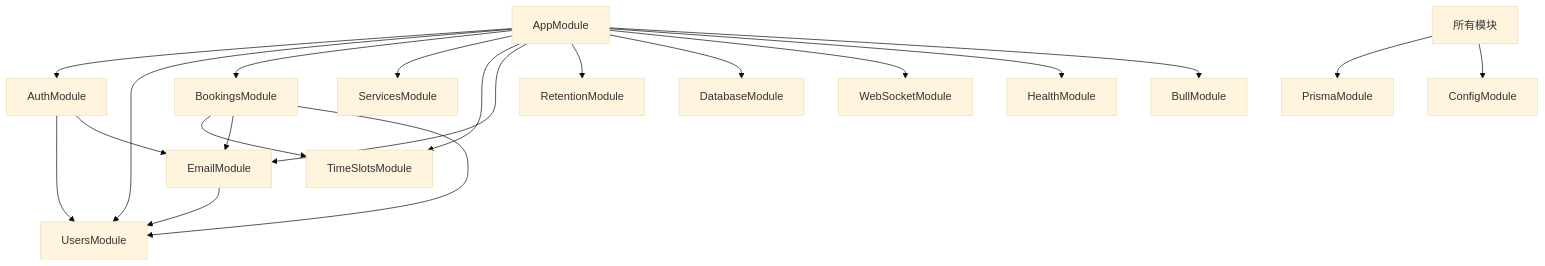
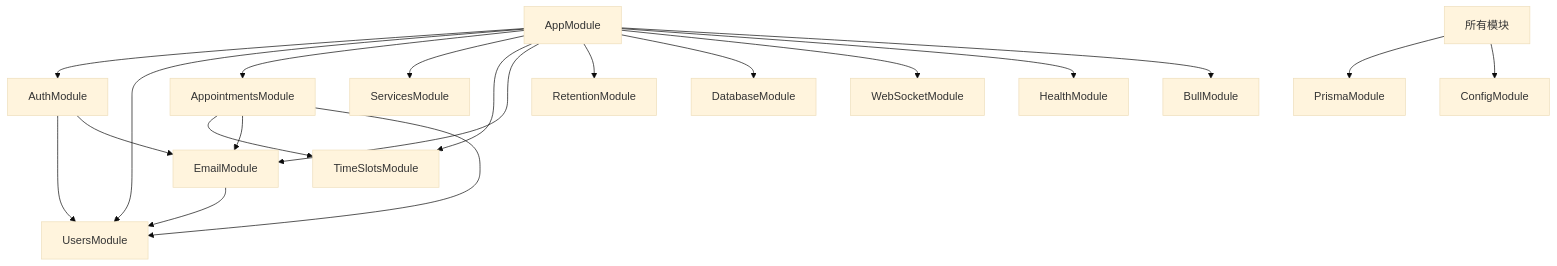
One commit to Cho-Geer/opencode_framework changed the second of 2 diagrams in .opencode/context/requirements/系统架构设计文档（SAD）.md. Above: the diagram before and after it, drawn with Mermaid (base theme). The commit also changed other lines of this file and 49 other files, not shown here.

First line of the commit message:
[Red] PREREQ-A: Add failing tests for native Chart.js refactor

````diff
--- a/.opencode/context/requirements/系统架构设计文档（SAD）.md
+++ b/.opencode/context/requirements/系统架构设计文档（SAD）.md
@@ -385,26 +409,28 @@
 ```mermaid
 graph TD
     AppModule --> AuthModule
     AppModule --> UsersModule
-    AppModule --> BookingsModule
+    AppModule --> AppointmentsModule
     AppModule --> ServicesModule
     AppModule --> TimeSlotsModule
     AppModule --> EmailModule
     AppModule --> RetentionModule
     AppModule --> DatabaseModule
     AppModule --> WebSocketModule
     AppModule --> HealthModule
     AppModule --> BullModule
     
-    BookingsModule --> TimeSlotsModule
-    BookingsModule --> EmailModule
-    BookingsModule --> UsersModule
+AppointmentsModule --> TimeSlotsModule
+
+    AppointmentsModule --> EmailModule
+
+    AppointmentsModule --> UsersModule
     
     AuthModule --> UsersModule
     AuthModule --> EmailModule
     
     EmailModule --> UsersModule
     
     所有模块 --> PrismaModule
     所有模块 --> ConfigModule
 ```
````
